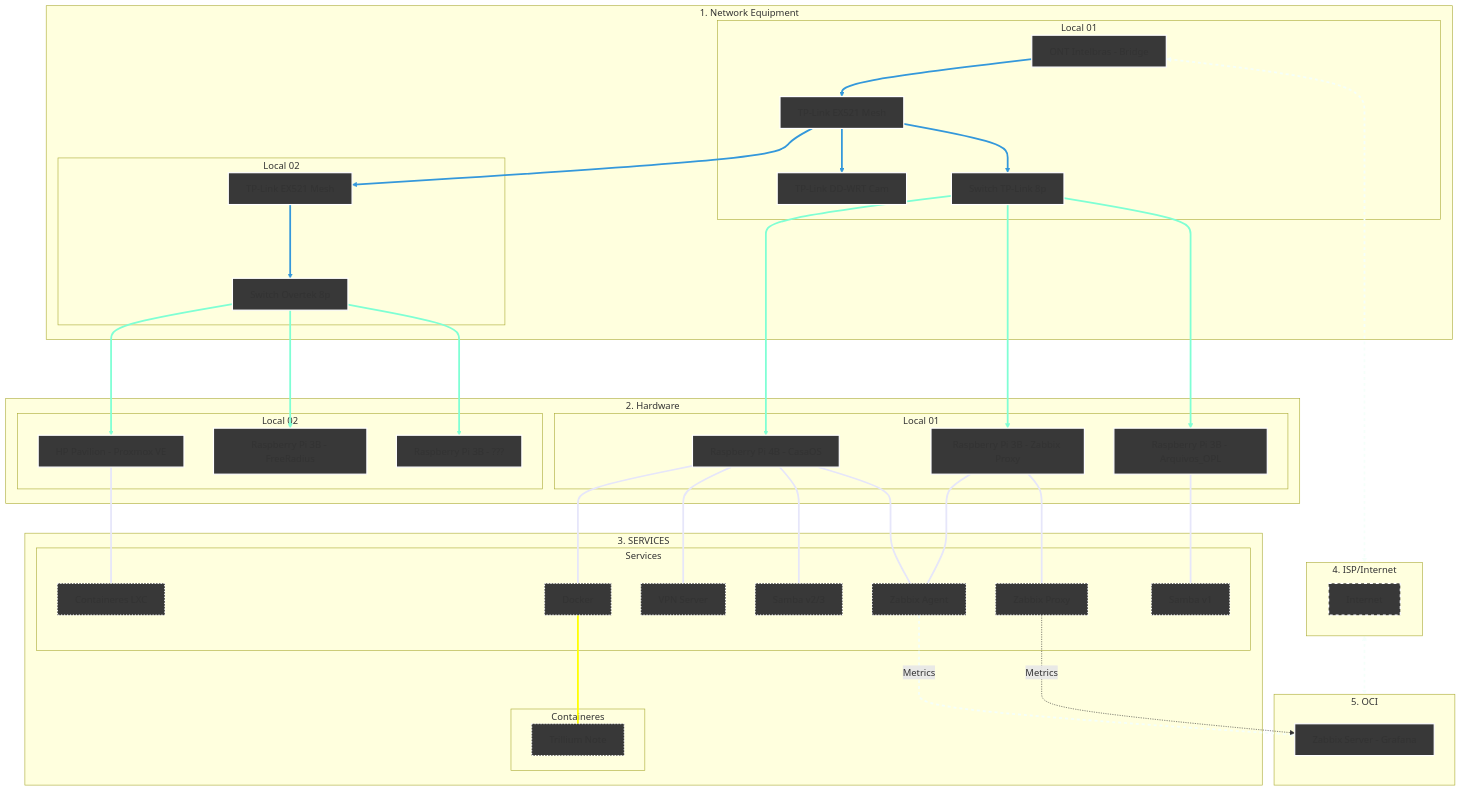
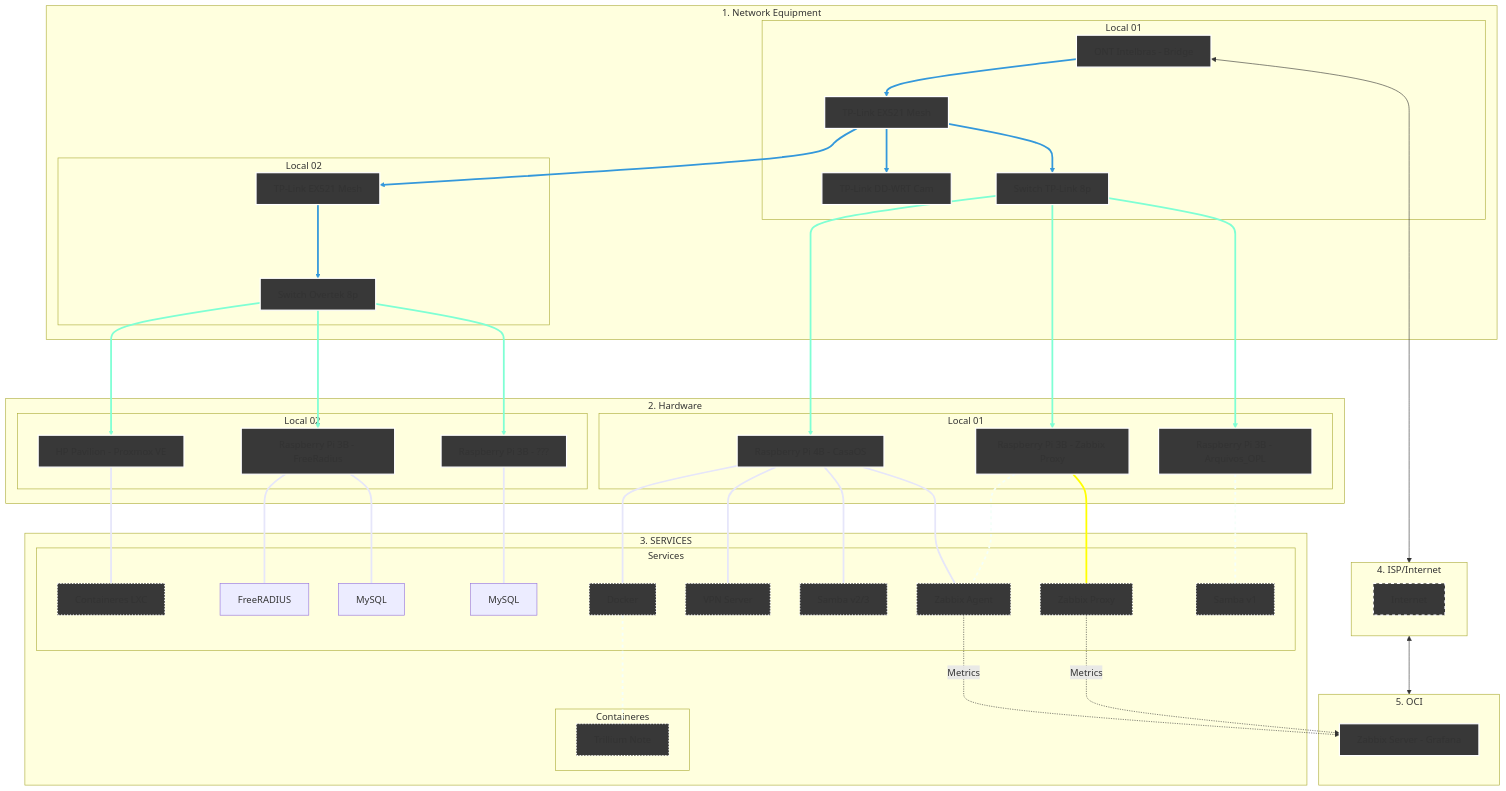
Before and after one commit to kevindexter22/Dr-Hardware-Autonet: the diagram in Infrastructure/README.md, drawn with Mermaid.

Commit message:
Add FreeRADIUS and MySQL services to README

````diff
--- a/Infrastructure/README.md
+++ b/Infrastructure/README.md
@@ -13,80 +13,83 @@
 ```mermaid
 graph TD
     %% Styles
     classDef network fill:#383838,stroke:#FFFFFF,stroke-width:2px;
     classDef hardware fill:#383838,stroke:#FFFFFF,stroke-width:2px;
     classDef internet fill:#383838,stroke:#FFFFFF,stroke-width:2px,stroke-dasharray: 5 5;
     classDef services fill:#383838,stroke:#FFFFFF,stroke-width:2px, stroke-dasharray: 2 3;
     classDef oci fill:#383838,stroke:#FFFFFF,stroke-width:2px;
 
     %% 1. NETWORK EQUIPMENT
     subgraph Principal["1. Network Equipment"]
     subgraph S1 [Local 01]
         ONT[ONT Intelbras - Bridge]:::network --> R_Mesh1[TP-Link EX521 Mesh]:::network
         R_Mesh1 --> R_Cams[TP-Link DD-WRT Cam]:::network 
         R_Mesh1 --> SW1[Switch TP-Link 8p]:::network  
     end
     subgraph S2 [Local 02]
         R_Mesh1 --> R_Mesh2[TP-Link EX521 Mesh]:::network
         R_Mesh2 ---> SW2[Switch Overtek 8p]:::network
     end
     end
     
     %% 2. HARDWARE
     subgraph Principal02["2. Hardware"]
     subgraph S3 [Local 01]
         SW1 ---> RPi4B[Raspberry Pi 4B - CasaOS]:::hardware
         SW1 ---> RPi3B_2[Raspberry Pi 3B - Zabbix Proxy]:::hardware
         SW1 ---> RPi3B_1[Raspberry Pi 3B - Arquivos_OPL]:::hardware
     end
     subgraph S4 [Local 02]
         SW2 ---> HP[HP Pavilion - Proxmox VE]:::hardware
         SW2 ---> RPi3B_3[Raspberry Pi 3B - FreeRadius]:::hardware
         SW2 ---> RPi3B_4[Raspberry Pi 3B - ???]:::hardware
     end
     end
 
     %% 3. SERVICES
     subgraph Principal03["3. SERVICES"]
     subgraph S5 [Services];
         HP --- PVE[Containeres LXC]:::services
+        RPi3B_3 --- FreeRAD[FreeRADIUS]
+        RPi3B_3 --- BDMSQL[MySQL]
+        RPi3B_4 --- BDSSQL[MySQL]
         RPi4B --- Docker[Docker]:::services     
         RPi4B --- VPN[VPN Server]:::services
         RPi4B --- SMB2[Samba v2/3]:::services
         RPi4B --- ZA[Zabbix Agent]:::services
         RPi3B_2 --- ZP[Zabbix Proxy]:::services
         RPi3B_2 --- ZA[Zabbix Agent]:::services
         RPi3B_1 --- SMB1[Samba v1]:::services
     end
     subgraph S6 [Containeres];
         Docker[Docker] --- Trillium[Trillium Note]:::services
     end
     end
 
     %% 4. Internet (The Bridge)
     subgraph S7 [4. ISP/Internet]
            internet[Internet]:::internet
     end
 
     %% 5. Oracle Cloud Infrastructure
     subgraph S8 [5. OCI]
         ZS[Zabbix Server - Grafana]:::oci
     end
 
     %% Conections of data flow
     ONT <--> S7
     S7 <--> S8
     
     %% Logical conections
     ZA -.-> |Metrics| ZS
     ZP -.-> |Metrics| ZS 
 
     %% --- Set collor on conections ---
     
     linkStyle 0,1,2,3,4 stroke:#3498db,stroke-width:3px;
     linkStyle 5,6,7,8,9,10 stroke:#7FFFD4,stroke-width:3px;
     linkStyle 11,12,13,14,15,16,17,18 stroke:#E6E6FA,stroke-width:3px;
     linkStyle 19 stroke:#FFFF00,stroke-width:3px;
     linkStyle 20,21,22 stroke:#F5FFFA,stroke-width:3px,stroke-dasharray: 5 5;
 
 ```
````
